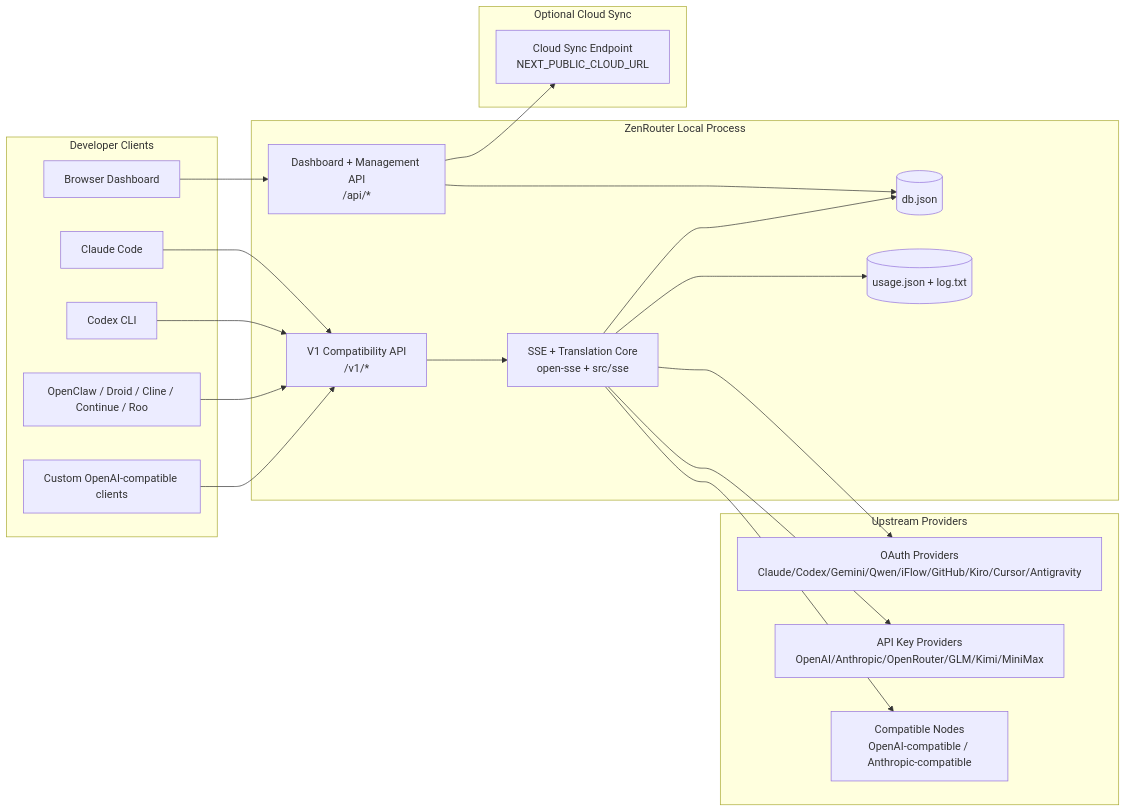
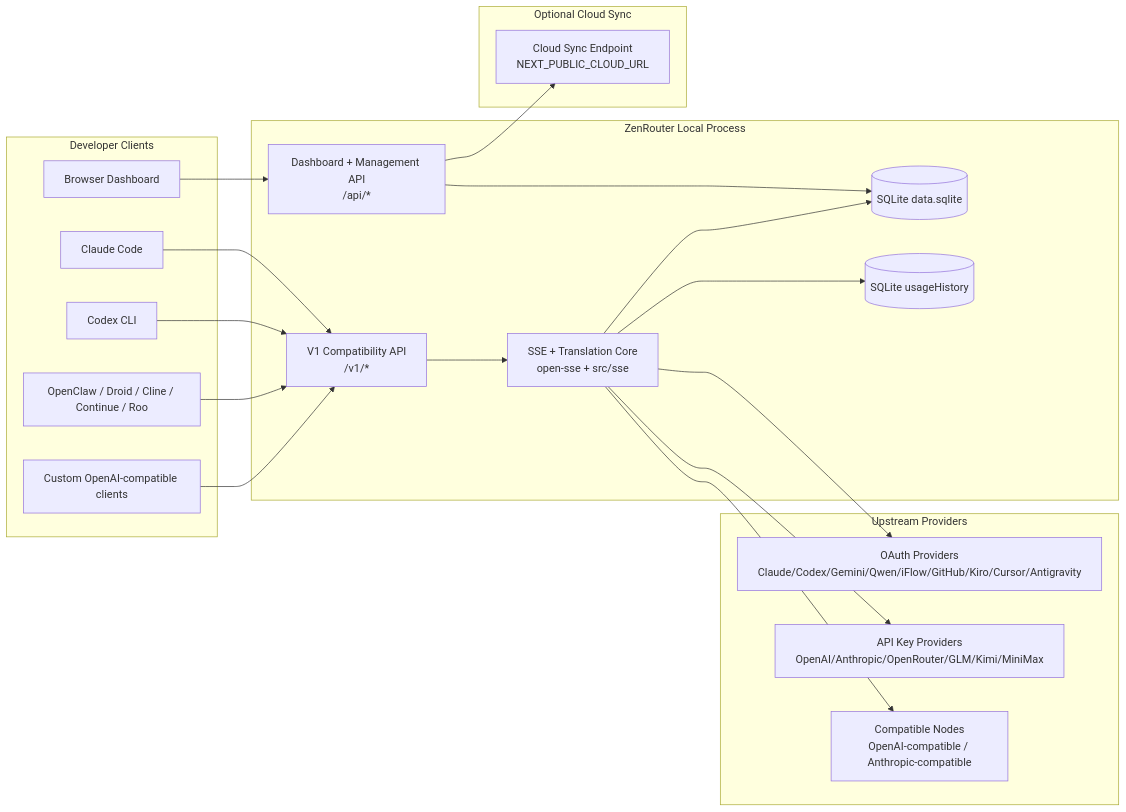
One commit to ZenRouter/ZenRouter changed the first of 7 diagrams in docs/ARCHITECTURE.md. Above: the diagram before and after it, drawn with Mermaid. The commit also changed other lines of this file and 7 other files, not shown here.

````diff
--- a/docs/ARCHITECTURE.md
+++ b/docs/ARCHITECTURE.md
@@ -45,45 +45,45 @@
 ```mermaid
 flowchart LR
     subgraph Clients[Developer Clients]
         C1[Claude Code]
         C2[Codex CLI]
         C3[OpenClaw / Droid / Cline / Continue / Roo]
         C4[Custom OpenAI-compatible clients]
         BROWSER[Browser Dashboard]
     end
 
     subgraph Router[ZenRouter Local Process]
         API[V1 Compatibility API\n/v1/*]
         DASH[Dashboard + Management API\n/api/*]
         CORE[SSE + Translation Core\nopen-sse + src/sse]
-        DB[(db.json)]
-        UDB[(usage.json + log.txt)]
+        DB[(SQLite data.sqlite)]
+        UDB[(SQLite usageHistory)]
     end
 
     subgraph Upstreams[Upstream Providers]
         P1[OAuth Providers\nClaude/Codex/Gemini/Qwen/iFlow/GitHub/Kiro/Cursor/Antigravity]
         P2[API Key Providers\nOpenAI/Anthropic/OpenRouter/GLM/Kimi/MiniMax]
         P3[Compatible Nodes\nOpenAI-compatible / Anthropic-compatible]
     end
 
     subgraph Cloud[Optional Cloud Sync]
         CLOUD[Cloud Sync Endpoint\nNEXT_PUBLIC_CLOUD_URL]
     end
 
     C1 --> API
     C2 --> API
     C3 --> API
     C4 --> API
     BROWSER --> DASH
 
     API --> CORE
     DASH --> DB
     CORE --> DB
     CORE --> UDB
 
     CORE --> P1
     CORE --> P2
     CORE --> P3
 
     DASH --> CLOUD
 ```
````
